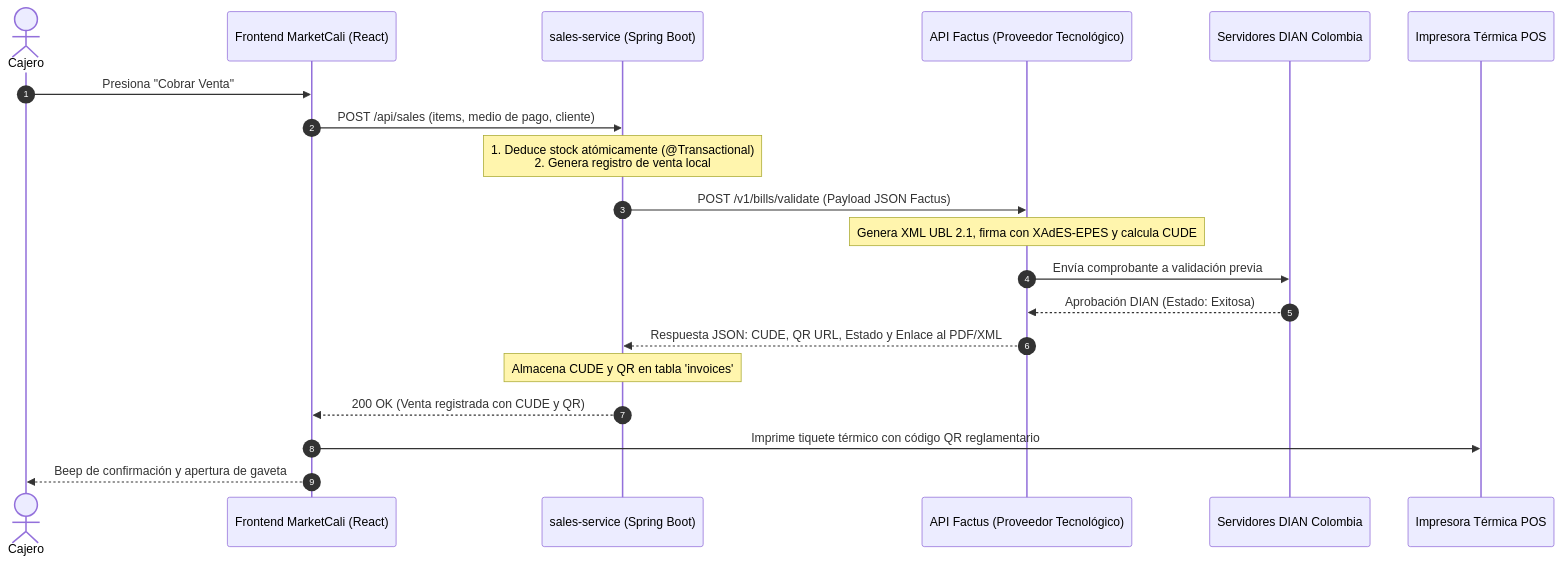
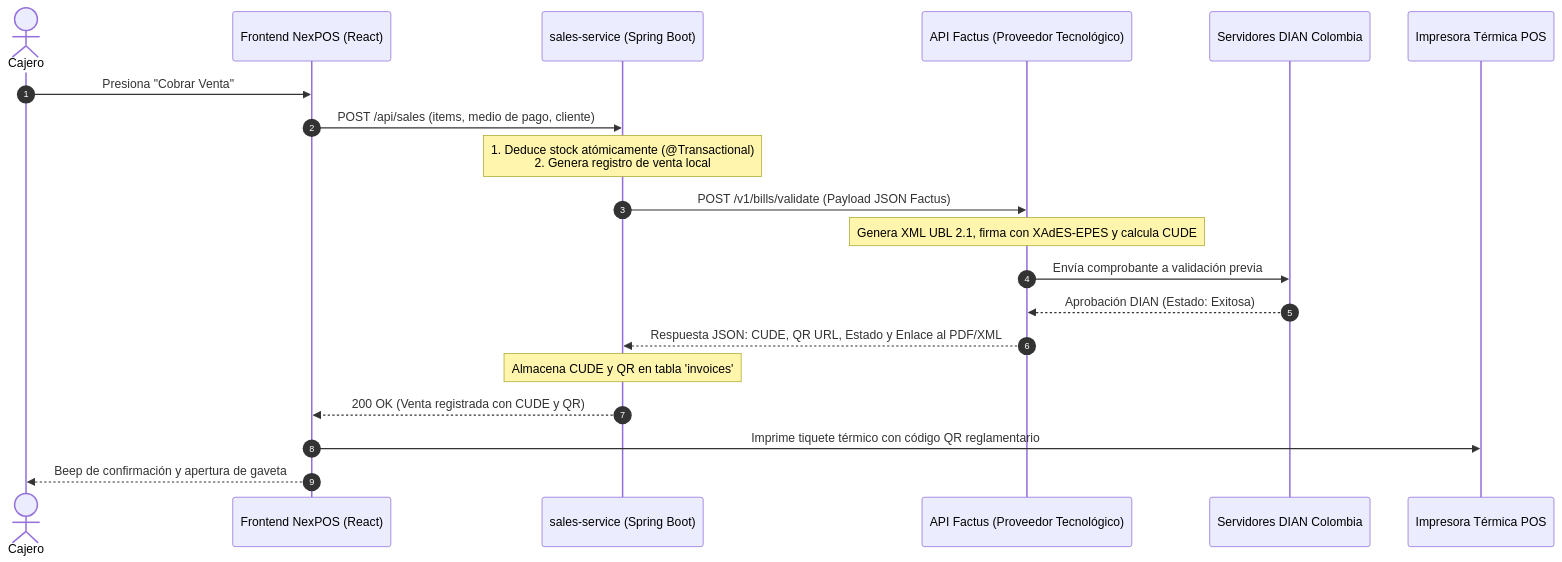
One commit to miguelortiz13/nexpos-backend changed the second of 3 diagrams in docs/COMMERCIAL_ROADMAP.md. Above: the diagram before and after it, drawn with Mermaid. The commit also changed other lines of this file and 1 other file, not shown here.

Commit message:
docs: standardize platform branding from MarketCali to NexPOS across SDLC and roadmap

````diff
--- a/docs/COMMERCIAL_ROADMAP.md
+++ b/docs/COMMERCIAL_ROADMAP.md
@@ -80,23 +80,23 @@
 ```mermaid
 sequenceDiagram
     autonumber
     actor Cajero
-    participant POS as Frontend MarketCali (React)
+    participant POS as Frontend NexPOS (React)
     participant Backend as sales-service (Spring Boot)
     participant Factus as API Factus (Proveedor Tecnológico)
     participant DIAN as Servidores DIAN Colombia
     participant Impresora as Impresora Térmica POS
 
     Cajero->>POS: Presiona "Cobrar Venta"
     POS->>Backend: POST /api/sales (items, medio de pago, cliente)
     Note over Backend: 1. Deduce stock atómicamente (@Transactional)<br/>2. Genera registro de venta local
     Backend->>Factus: POST /v1/bills/validate (Payload JSON Factus)
     Note over Factus: Genera XML UBL 2.1, firma con XAdES-EPES y calcula CUDE
     Factus->>DIAN: Envía comprobante a validación previa
     DIAN-->>Factus: Aprobación DIAN (Estado: Exitosa)
     Factus-->>Backend: Respuesta JSON: CUDE, QR URL, Estado y Enlace al PDF/XML
     Note over Backend: Almacena CUDE y QR en tabla 'invoices'
     Backend-->>POS: 200 OK (Venta registrada con CUDE y QR)
     POS->>Impresora: Imprime tiquete térmico con código QR reglamentario
     POS-->>Cajero: Beep de confirmación y apertura de gaveta
 ```
````
